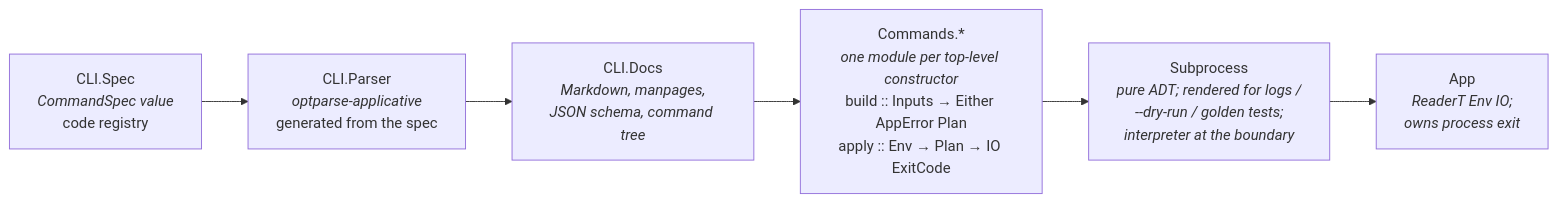
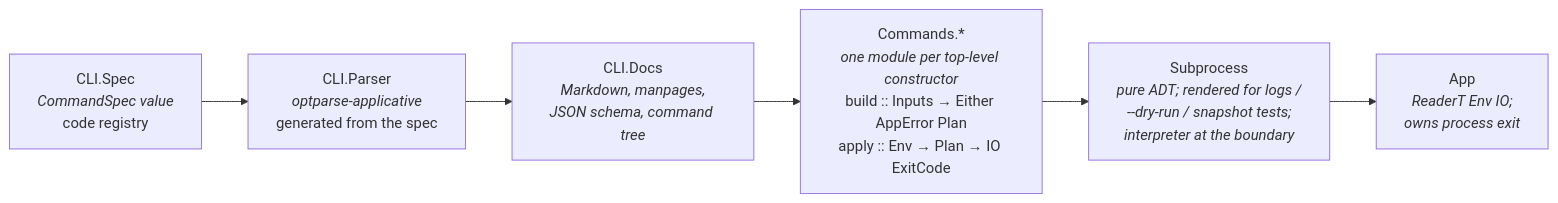
Before and after one commit to Tuee22/jitML: the third of 4 diagrams in README.md, drawn with Mermaid. The commit also changed other lines of this file and 24 other files, not shown here.

````diff
--- a/README.md
+++ b/README.md
@@ -834,10 +834,10 @@
 ```mermaid
 flowchart LR
     Spec["CLI.Spec<br/><i>CommandSpec value</i><br/>code registry"]
     Parser["CLI.Parser<br/><i>optparse-applicative</i><br/>generated from the spec"]
     Docs["CLI.Docs<br/><i>Markdown, manpages,</i><br/><i>JSON schema, command tree</i>"]
     Commands["Commands.*<br/><i>one module per top-level constructor</i><br/>build :: Inputs → Either AppError Plan<br/>apply :: Env → Plan → IO ExitCode"]
-    Sub["Subprocess<br/><i>pure ADT; rendered for logs /</i><br/><i>--dry-run / golden tests;</i><br/><i>interpreter at the boundary</i>"]
+    Sub["Subprocess<br/><i>pure ADT; rendered for logs /</i><br/><i>--dry-run / snapshot tests;</i><br/><i>interpreter at the boundary</i>"]
     App["App<br/><i>ReaderT Env IO;</i><br/><i>owns process exit</i>"]
     Spec --> Parser --> Docs --> Commands --> Sub --> App
 ```
````
